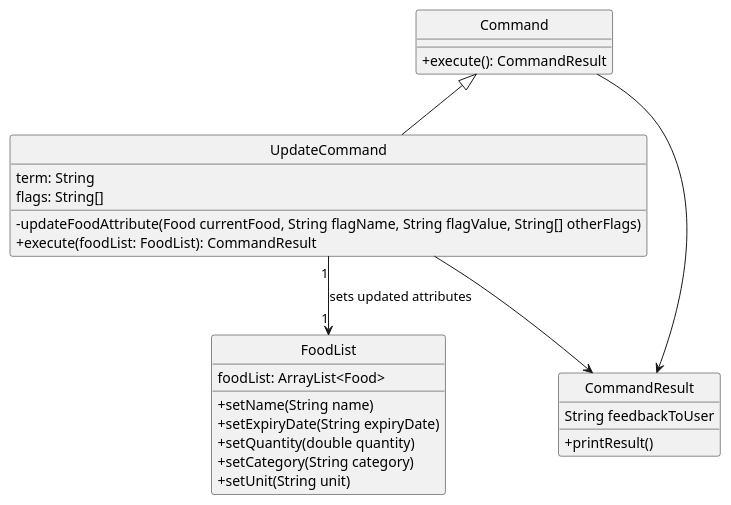
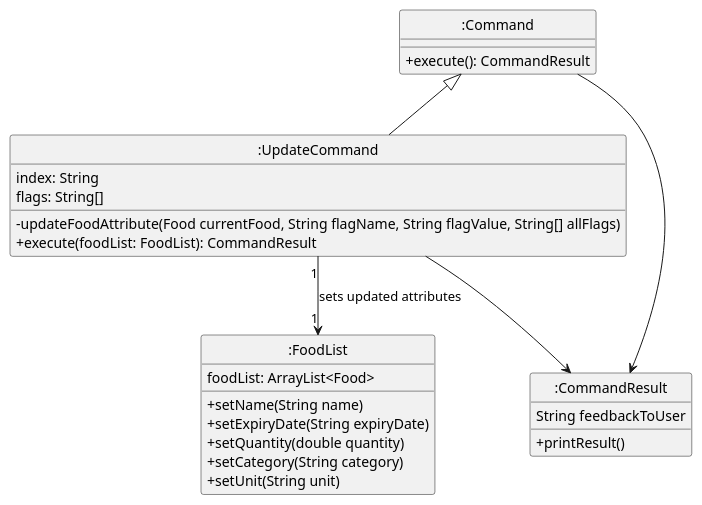
The diagram in docs/puml/UpdateCommandClassDiagram.puml (tsx0314/tp), drawn with PlantUML before and after one commit. The commit also changed 5 other files, not shown here.

```diff
--- a/docs/puml/UpdateCommandClassDiagram.puml
+++ b/docs/puml/UpdateCommandClassDiagram.puml
@@ -1,34 +1,34 @@
 @startuml
 hide circle
 skinparam classAttributeIconSize 0
 
-Command <|-- UpdateCommand
-class Command {
+":Command" <|-- ":UpdateCommand"
+class ":Command" {
     +execute(): CommandResult
 }
 
-class CommandResult {
+class ":CommandResult" {
     String feedbackToUser
     +printResult()
 }
-class UpdateCommand {
-    term: String
+class ":UpdateCommand" {
+    index: String
     flags: String[]
-    -updateFoodAttribute(Food currentFood, String flagName, String flagValue, String[] otherFlags)
+    -updateFoodAttribute(Food currentFood, String flagName, String flagValue, String[] allFlags)
     +execute(foodList: FoodList): CommandResult
 }
 
 
-UpdateCommand "1" --> "1" FoodList: sets updated attributes
-Command  --> CommandResult
-UpdateCommand  --> CommandResult
+":UpdateCommand" "1" --> "1" ":FoodList": sets updated attributes
+":Command"  --> ":CommandResult"
+":UpdateCommand"  --> ":CommandResult"
 
-class FoodList {
+class ":FoodList" {
     foodList: ArrayList<Food>
     +setName(String name)
     +setExpiryDate(String expiryDate)
     +setQuantity(double quantity)
     +setCategory(String category)
     +setUnit(String unit)
 }
 @enduml
```
